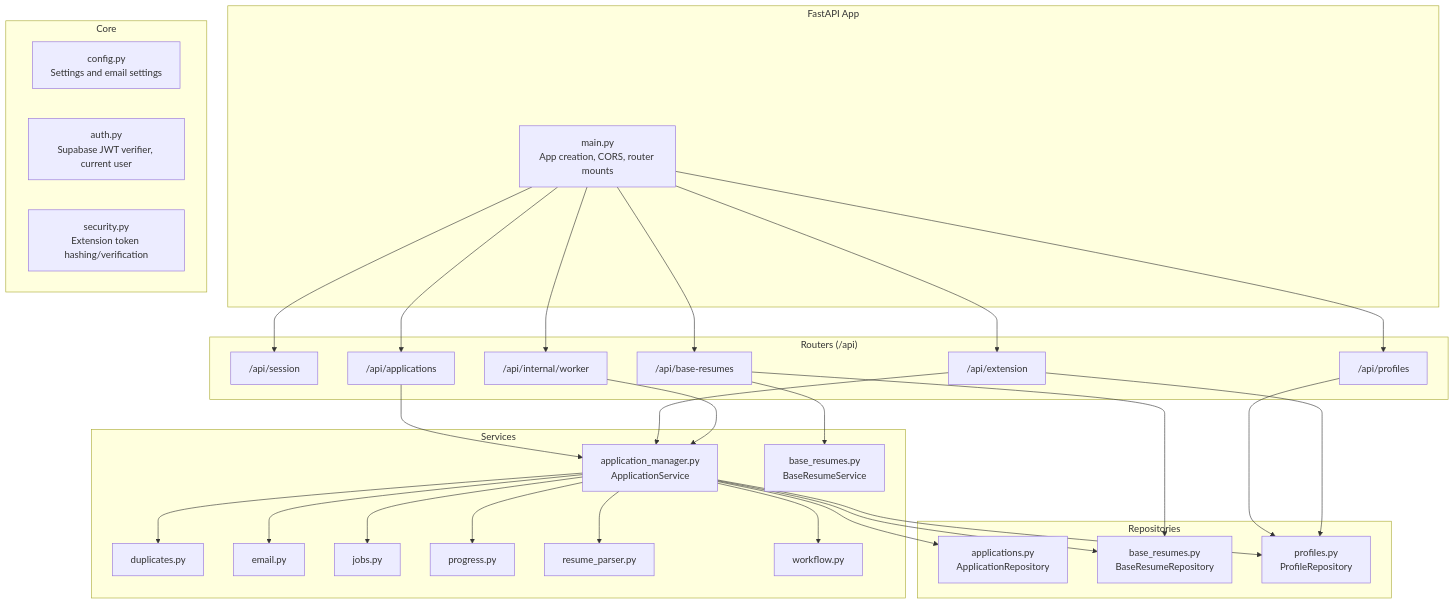
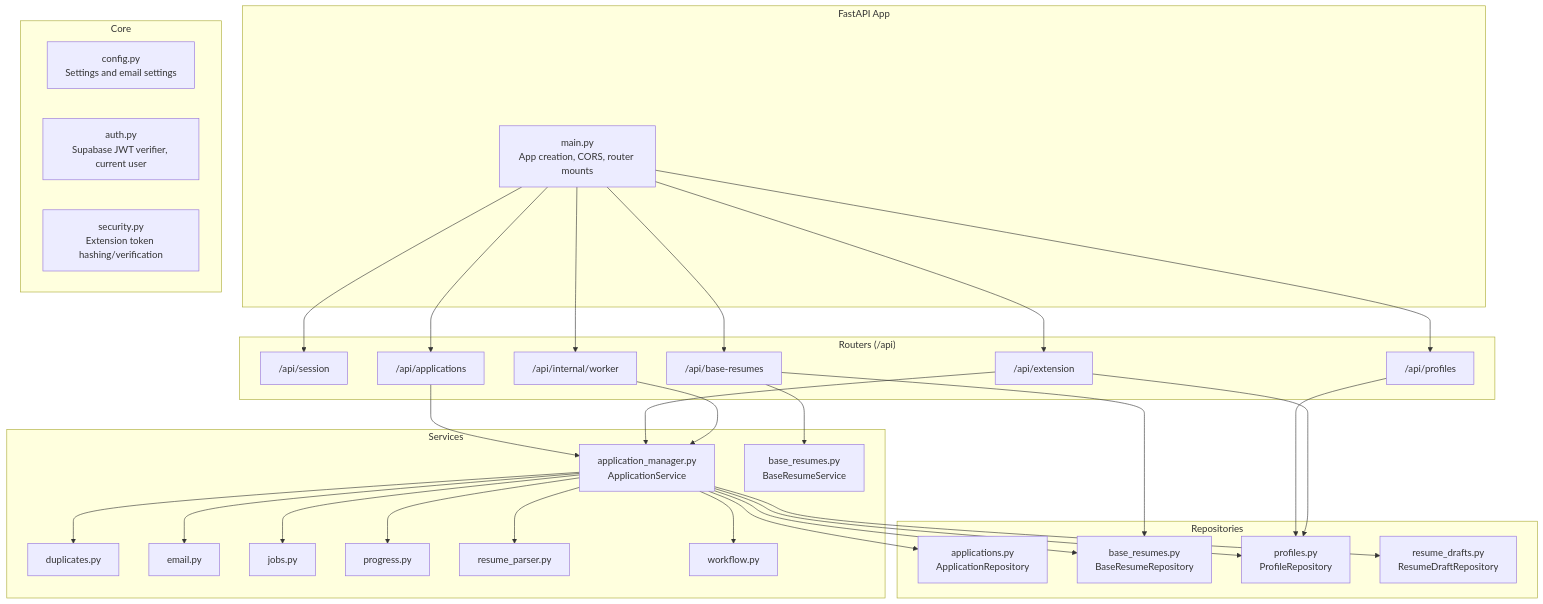
One commit to sankaL/resume-app changed the first of 14 diagrams in .qoder/repowiki/en/content/Backend API/Backend API.md. Above: the diagram before and after it, drawn with Mermaid. The commit also changed other lines of this file and 19 other files, not shown here.

````diff
--- a/.qoder/repowiki/en/content/Backend API/Backend API.md
+++ b/.qoder/repowiki/en/content/Backend API/Backend API.md
@@ -47,56 +56,58 @@
 ```mermaid
 graph TB
 subgraph "FastAPI App"
 M["main.py<br/>App creation, CORS, router mounts"]
 end
 subgraph "Core"
 C["config.py<br/>Settings and email settings"]
 A["auth.py<br/>Supabase JWT verifier, current user"]
 S["security.py<br/>Extension token hashing/verification"]
 end
 subgraph "Routers (/api)"
 R1["/api/session"]
 R2["/api/profiles"]
 R3["/api/applications"]
 R4["/api/base-resumes"]
 R5["/api/extension"]
 R6["/api/internal/worker"]
 end
 subgraph "Services"
 SA["application_manager.py<br/>ApplicationService"]
 SB["base_resumes.py<br/>BaseResumeService"]
 SD["duplicates.py"]
 SE["email.py"]
 SJ["jobs.py"]
 SP["progress.py"]
 SR["resume_parser.py"]
 SW["workflow.py"]
 end
 subgraph "Repositories"
 RA["applications.py<br/>ApplicationRepository"]
 RB["base_resumes.py<br/>BaseResumeRepository"]
 RP["profiles.py<br/>ProfileRepository"]
+RD["resume_drafts.py<br/>ResumeDraftRepository"]
 end
 M --> R1
 M --> R2
 M --> R3
 M --> R4
 M --> R5
 M --> R6
 R3 --> SA
 R4 --> SB
 R5 --> SA
 R6 --> SA
 SA --> RA
 SA --> RB
 SA --> RP
+SA --> RD
 SA --> SJ
 SA --> SP
 SA --> SE
 SA --> SR
 SA --> SD
 SA --> SW
 R4 --> RB
 R2 --> RP
 R5 --> RP
 ```
````
